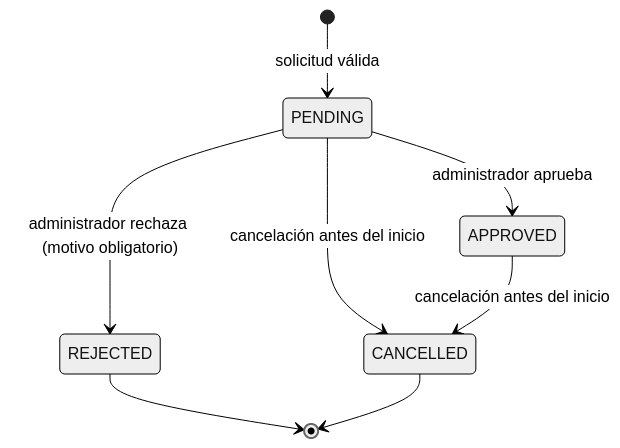
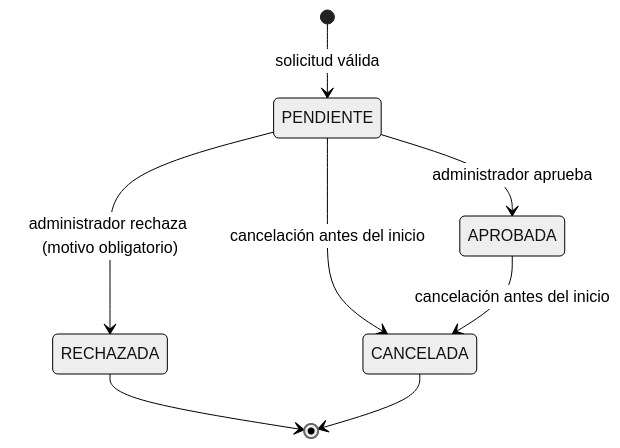
Before and after one commit to Nicolascamargomontoya/UniReserve-System: the first of 3 diagrams in PLAN_INGENIERIA.md, drawn with Mermaid (neutral theme). The commit also changed other lines of this file and 24 other files, not shown here.

````diff
--- a/PLAN_INGENIERIA.md
+++ b/PLAN_INGENIERIA.md
@@ -74,10 +74,10 @@
 ```mermaid
 stateDiagram-v2
-  [*] --> PENDING: solicitud válida
-  PENDING --> APPROVED: administrador aprueba
-  PENDING --> REJECTED: administrador rechaza (motivo obligatorio)
-  PENDING --> CANCELLED: cancelación antes del inicio
-  APPROVED --> CANCELLED: cancelación antes del inicio
-  REJECTED --> [*]
-  CANCELLED --> [*]
+  [*] --> PENDIENTE: solicitud válida
+  PENDIENTE --> APROBADA: administrador aprueba
+  PENDIENTE --> RECHAZADA: administrador rechaza (motivo obligatorio)
+  PENDIENTE --> CANCELADA: cancelación antes del inicio
+  APROBADA --> CANCELADA: cancelación antes del inicio
+  RECHAZADA --> [*]
+  CANCELADA --> [*]
 ```
````
